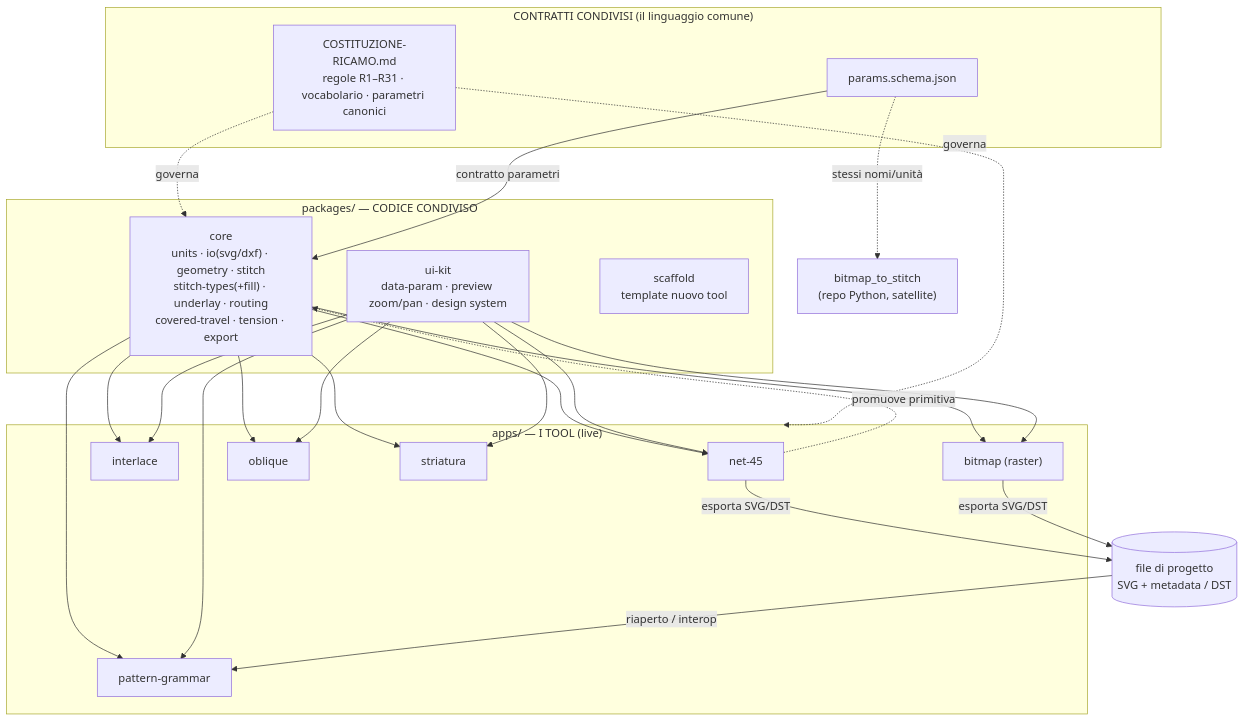
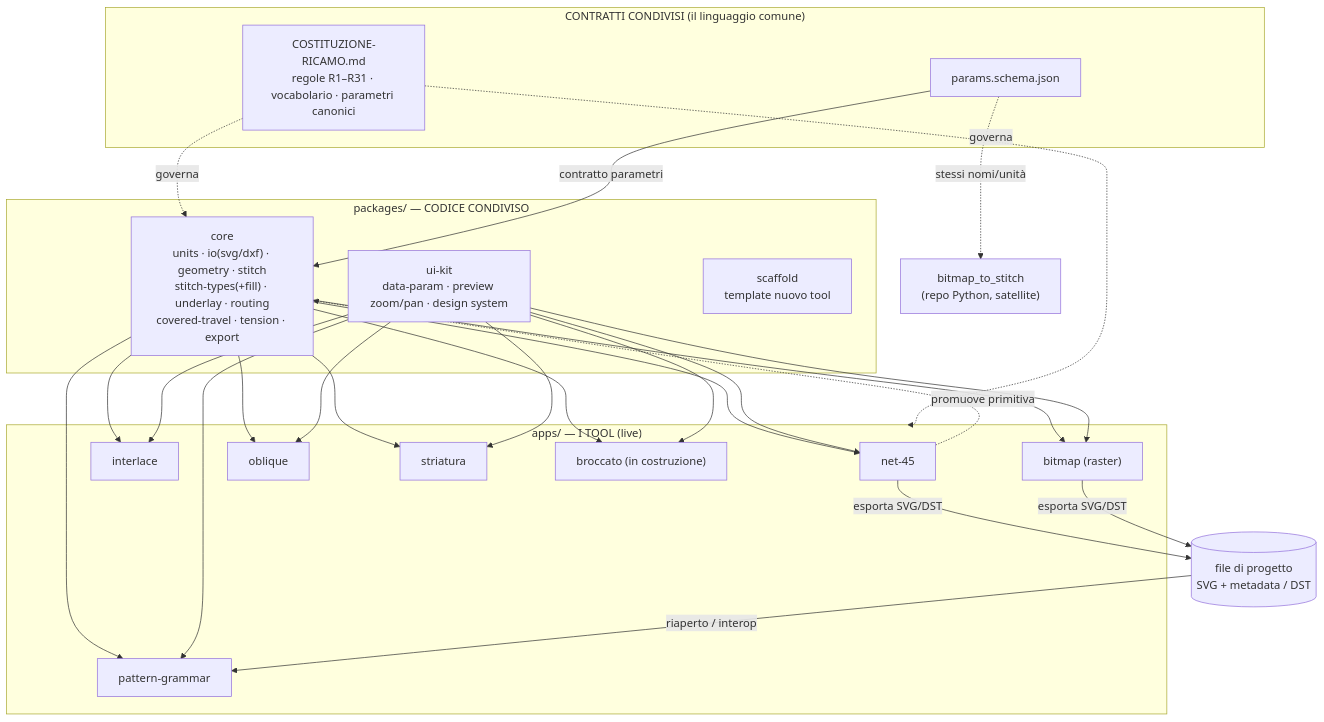
The diagram in ARCHITETTURA.md (LorenzoErcoli/RG-EMBROIDERY-TOOLS-SUITE), drawn with Mermaid before and after one commit. The commit also changed other lines of this file and 20 other files, not shown here.

````diff
--- a/ARCHITETTURA.md
+++ b/ARCHITETTURA.md
@@ -26,38 +26,39 @@
 ```mermaid
 graph TD
   subgraph Contratti["CONTRATTI CONDIVISI (il linguaggio comune)"]
     COST["COSTITUZIONE-RICAMO.md<br/>regole R1–R31 · vocabolario · parametri canonici"]
     SCHEMA["params.schema.json"]
   end
 
   subgraph Packages["packages/ — CODICE CONDIVISO"]
     CORE["core<br/>units · io(svg/dxf) · geometry · stitch<br/>stitch-types(+fill) · underlay · routing<br/>covered-travel · tension · export"]
     UIKIT["ui-kit<br/>data-param · preview zoom/pan · design system"]
     SCAFFOLD["scaffold<br/>template nuovo tool"]
   end
 
   subgraph Apps["apps/ — I TOOL (live)"]
     N45["net-45"]
     PG["pattern-grammar"]
     ILC["interlace"]
     BMP["bitmap (raster)"]
     OBQ["oblique"]
     STR["striatura"]
+    BRC["broccato (in costruzione)"]
   end
 
   BITMAP["bitmap_to_stitch<br/>(repo Python, satellite)"]
   PROJ[("file di progetto<br/>SVG + metadata / DST")]
 
   COST -. governa .-> CORE
   COST -. governa .-> Apps
   SCHEMA -->|contratto parametri| CORE
   SCHEMA -. stessi nomi/unità .-> BITMAP
 
-  CORE --> N45 & PG & ILC & BMP & OBQ & STR
-  UIKIT --> N45 & PG & ILC & BMP & OBQ & STR
+  CORE --> N45 & PG & ILC & BMP & OBQ & STR & BRC
+  UIKIT --> N45 & PG & ILC & BMP & OBQ & STR & BRC
   N45 -. promuove primitiva .-> CORE
 
   N45 -->|esporta SVG/DST| PROJ
   BMP -->|esporta SVG/DST| PROJ
   PROJ -->|riaperto / interop| PG
 ```
````
